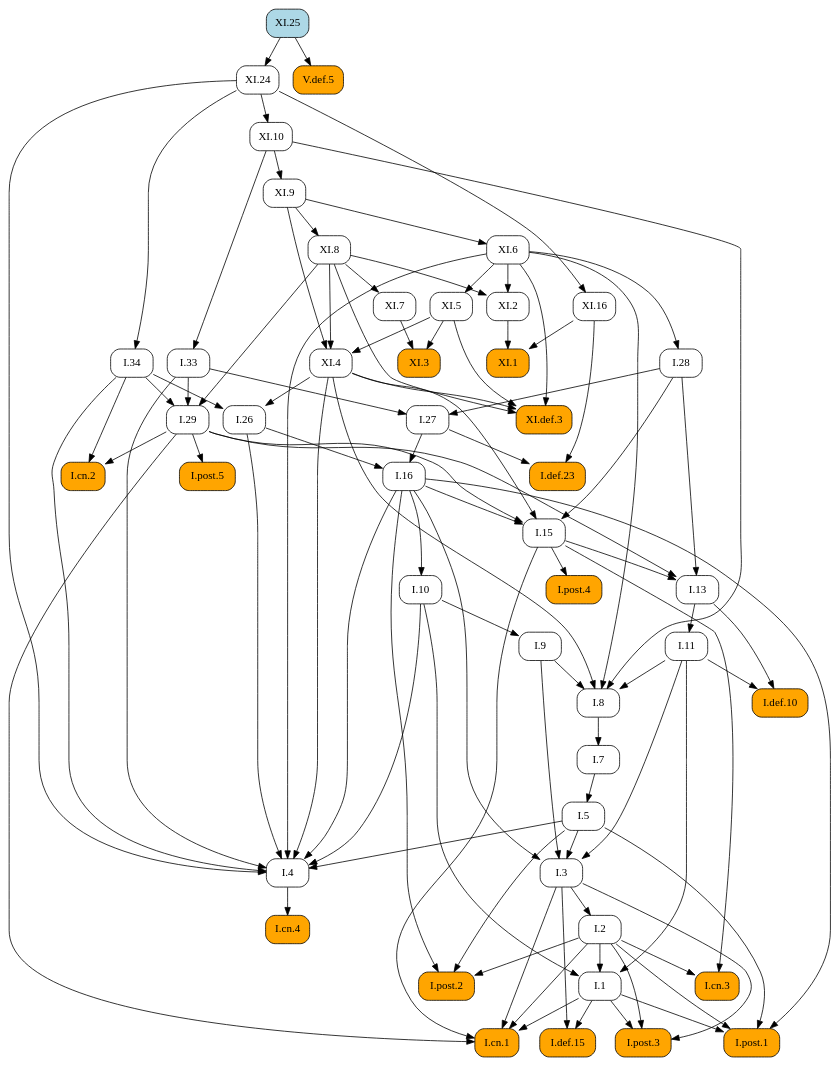
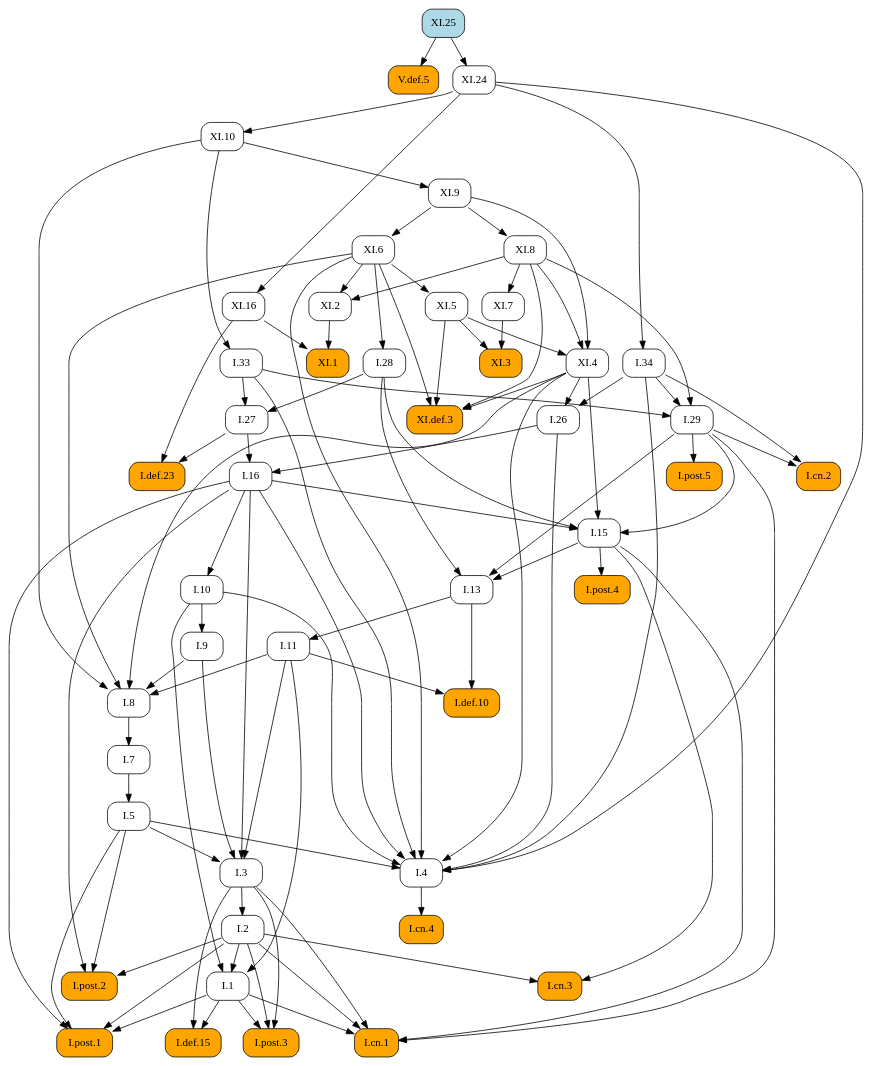
The diagram in docsrc/heath/XI/25/index.rst (geometor/elements), drawn with Graphviz before and after one commit. The commit also changed other lines of this file and 1029 other files, not shown here.

```diff
--- a/docsrc/heath/XI/25/index.rst
+++ b/docsrc/heath/XI/25/index.rst
@@ -48,100 +48,107 @@
    digraph {
      rankdir="TB";
      node [shape=box, style=rounded];
-     "I.cn.3" [style="rounded,filled", fillcolor=orange, URL="/heath/I/cn.3/", target="_top"];
-     "I.29" [URL="/heath/I/29/", target="_top"];
-     "I.7" [URL="/heath/I/7/", target="_top"];
-     "I.27" [URL="/heath/I/27/", target="_top"];
-     "I.def.23" [style="rounded,filled", fillcolor=orange, URL="/heath/I/def.23/", target="_top"];
-     "I.34" [URL="/heath/I/34/", target="_top"];
-     "I.8" [URL="/heath/I/8/", target="_top"];
-     "I.9" [URL="/heath/I/9/", target="_top"];
-     "XI.4" [URL="/heath/XI/4/", target="_top"];
+     "I.def.10" [style="rounded,filled", fillcolor=orange, URL="/heath/I/def.10/", target="_top"];
+     "I.11" [URL="/heath/I/11/", target="_top"];
      "I.post.4" [style="rounded,filled", fillcolor=orange, URL="/heath/I/post.4/", target="_top"];
-     "I.2" [URL="/heath/I/2/", target="_top"];
+     "XI.def.3" [style="rounded,filled", fillcolor=orange, URL="/heath/XI/def.3/", target="_top"];
      "I.28" [URL="/heath/I/28/", target="_top"];
      "I.1" [URL="/heath/I/1/", target="_top"];
+     "I.26" [URL="/heath/I/26/", target="_top"];
+     "XI.7" [URL="/heath/XI/7/", target="_top"];
+     "V.def.5" [style="rounded,filled", fillcolor=orange, URL="/heath/V/def.5/", target="_top"];
+     "I.29" [URL="/heath/I/29/", target="_top"];
+     "I.cn.2" [style="rounded,filled", fillcolor=orange, URL="/heath/I/cn.2/", target="_top"];
+     "XI.9" [URL="/heath/XI/9/", target="_top"];
+     "XI.8" [URL="/heath/XI/8/", target="_top"];
      "I.def.15" [style="rounded,filled", fillcolor=orange, URL="/heath/I/def.15/", target="_top"];
+     "I.post.3" [style="rounded,filled", fillcolor=orange, URL="/heath/I/post.3/", target="_top"];
+     "XI.5" [URL="/heath/XI/5/", target="_top"];
+     "XI.1" [style="rounded,filled", fillcolor=orange, URL="/heath/XI/1/", target="_top"];
+     "I.cn.1" [style="rounded,filled", fillcolor=orange, URL="/heath/I/cn.1/", target="_top"];
+     "I.cn.3" [style="rounded,filled", fillcolor=orange, URL="/heath/I/cn.3/", target="_top"];
+     "XI.2" [URL="/heath/XI/2/", target="_top"];
+     "XI.25" [style="rounded,filled", fillcolor=lightblue, URL="/heath/XI/25/", target="_top"];
      "I.post.1" [style="rounded,filled", fillcolor=orange, URL="/heath/I/post.1/", target="_top"];
-     "XI.1" [style="rounded,filled", fillcolor=orange, URL="/heath/XI/1/", target="_top"];
+     "XI.6" [URL="/heath/XI/6/", target="_top"];
+     "XI.16" [URL="/heath/XI/16/", target="_top"];
+     "I.27" [URL="/heath/I/27/", target="_top"];
+     "I.7" [URL="/heath/I/7/", target="_top"];
+     "I.34" [URL="/heath/I/34/", target="_top"];
+     "I.3" [URL="/heath/I/3/", target="_top"];
+     "I.2" [URL="/heath/I/2/", target="_top"];
+     "I.4" [URL="/heath/I/4/", target="_top"];
+     "I.def.23" [style="rounded,filled", fillcolor=orange, URL="/heath/I/def.23/", target="_top"];
+     "I.13" [URL="/heath/I/13/", target="_top"];
+     "I.33" [URL="/heath/I/33/", target="_top"];
+     "I.5" [URL="/heath/I/5/", target="_top"];
+     "I.post.2" [style="rounded,filled", fillcolor=orange, URL="/heath/I/post.2/", target="_top"];
+     "I.16" [URL="/heath/I/16/", target="_top"];
+     "I.9" [URL="/heath/I/9/", target="_top"];
+     "I.8" [URL="/heath/I/8/", target="_top"];
      "I.cn.4" [style="rounded,filled", fillcolor=orange, URL="/heath/I/cn.4/", target="_top"];
+     "I.15" [URL="/heath/I/15/", target="_top"];
+     "XI.4" [URL="/heath/XI/4/", target="_top"];
+     "XI.24" [URL="/heath/XI/24/", target="_top"];
+     "I.post.5" [style="rounded,filled", fillcolor=orange, URL="/heath/I/post.5/", target="_top"];
+     "I.10" [URL="/heath/I/10/", target="_top"];
      "XI.10" [URL="/heath/XI/10/", target="_top"];
-     "I.26" [URL="/heath/I/26/", target="_top"];
-     "I.33" [URL="/heath/I/33/", target="_top"];
-     "XI.25" [style="rounded,filled", fillcolor=lightblue, URL="/heath/XI/25/", target="_top"];
-     "XI.9" [URL="/heath/XI/9/", target="_top"];
-     "I.13" [URL="/heath/I/13/", target="_top"];
-     "I.cn.2" [style="rounded,filled", fillcolor=orange, URL="/heath/I/cn.2/", target="_top"];
-     "I.5" [URL="/heath/I/5/", target="_top"];
-     "I.11" [URL="/heath/I/11/", target="_top"];
-     "I.10" [URL="/heath/I/10/", target="_top"];
-     "I.4" [URL="/heath/I/4/", target="_top"];
-     "XI.5" [URL="/heath/XI/5/", target="_top"];
-     "I.3" [URL="/heath/I/3/", target="_top"];
-     "I.16" [URL="/heath/I/16/", target="_top"];
-     "I.def.10" [style="rounded,filled", fillcolor=orange, URL="/heath/I/def.10/", target="_top"];
-     "XI.def.3" [style="rounded,filled", fillcolor=orange, URL="/heath/XI/def.3/", target="_top"];
-     "I.post.2" [style="rounded,filled", fillcolor=orange, URL="/heath/I/post.2/", target="_top"];
-     "I.post.3" [style="rounded,filled", fillcolor=orange, URL="/heath/I/post.3/", target="_top"];
-     "I.post.5" [style="rounded,filled", fillcolor=orange, URL="/heath/I/post.5/", target="_top"];
      "XI.3" [style="rounded,filled", fillcolor=orange, URL="/heath/XI/3/", target="_top"];
-     "XI.6" [URL="/heath/XI/6/", target="_top"];
-     "XI.7" [URL="/heath/XI/7/", target="_top"];
-     "I.15" [URL="/heath/I/15/", target="_top"];
-     "XI.24" [URL="/heath/XI/24/", target="_top"];
-     "I.cn.1" [style="rounded,filled", fillcolor=orange, URL="/heath/I/cn.1/", target="_top"];
-     "XI.2" [URL="/heath/XI/2/", target="_top"];
-     "XI.8" [URL="/heath/XI/8/", target="_top"];
-     "V.def.5" [style="rounded,filled", fillcolor=orange, URL="/heath/V/def.5/", target="_top"];
-     "XI.16" [URL="/heath/XI/16/", target="_top"];
-     "I.2" -> "I.cn.3";
-     "I.15" -> "I.cn.3";
-     "I.33" -> "I.29";
-     "I.34" -> "I.29";
-     "XI.8" -> "I.29";
-     "I.8" -> "I.7";
-     "I.28" -> "I.27";
-     "I.33" -> "I.27";
-     "I.27" -> "I.def.23";
-     "XI.16" -> "I.def.23";
-     "XI.24" -> "I.34";
-     "I.9" -> "I.8";
-     "I.11" -> "I.8";
-     "XI.4" -> "I.8";
-     "XI.6" -> "I.8";
-     "XI.10" -> "I.8";
-     "I.10" -> "I.9";
-     "XI.5" -> "XI.4";
-     "XI.8" -> "XI.4";
-     "XI.9" -> "XI.4";
+     "I.11" -> "I.def.10";
+     "I.13" -> "I.def.10";
+     "I.13" -> "I.11";
      "I.15" -> "I.post.4";
-     "I.3" -> "I.2";
+     "XI.4" -> "XI.def.3";
+     "XI.5" -> "XI.def.3";
+     "XI.6" -> "XI.def.3";
+     "XI.8" -> "XI.def.3";
      "XI.6" -> "I.28";
      "I.2" -> "I.1";
      "I.10" -> "I.1";
      "I.11" -> "I.1";
+     "I.34" -> "I.26";
+     "XI.4" -> "I.26";
+     "XI.8" -> "XI.7";
+     "XI.25" -> "V.def.5";
+     "I.33" -> "I.29";
+     "I.34" -> "I.29";
+     "XI.8" -> "I.29";
+     "I.29" -> "I.cn.2";
+     "I.34" -> "I.cn.2";
+     "XI.10" -> "XI.9";
+     "XI.9" -> "XI.8";
      "I.1" -> "I.def.15";
      "I.3" -> "I.def.15";
+     "I.1" -> "I.post.3";
+     "I.2" -> "I.post.3";
+     "I.3" -> "I.post.3";
+     "XI.6" -> "XI.5";
+     "XI.2" -> "XI.1";
+     "XI.16" -> "XI.1";
+     "I.1" -> "I.cn.1";
+     "I.2" -> "I.cn.1";
+     "I.3" -> "I.cn.1";
+     "I.15" -> "I.cn.1";
+     "I.29" -> "I.cn.1";
+     "I.2" -> "I.cn.3";
+     "I.15" -> "I.cn.3";
+     "XI.6" -> "XI.2";
+     "XI.8" -> "XI.2";
      "I.1" -> "I.post.1";
      "I.2" -> "I.post.1";
      "I.5" -> "I.post.1";
      "I.16" -> "I.post.1";
-     "XI.2" -> "XI.1";
-     "XI.16" -> "XI.1";
-     "I.4" -> "I.cn.4";
-     "XI.24" -> "XI.10";
-     "I.34" -> "I.26";
-     "XI.4" -> "I.26";
-     "XI.10" -> "I.33";
-     "XI.10" -> "XI.9";
-     "I.15" -> "I.13";
-     "I.28" -> "I.13";
-     "I.29" -> "I.13";
-     "I.29" -> "I.cn.2";
-     "I.34" -> "I.cn.2";
-     "I.7" -> "I.5";
-     "I.13" -> "I.11";
-     "I.16" -> "I.10";
+     "XI.9" -> "XI.6";
+     "XI.24" -> "XI.16";
+     "I.28" -> "I.27";
+     "I.33" -> "I.27";
+     "I.8" -> "I.7";
+     "XI.24" -> "I.34";
+     "I.5" -> "I.3";
+     "I.9" -> "I.3";
+     "I.11" -> "I.3";
+     "I.16" -> "I.3";
+     "I.3" -> "I.2";
      "I.5" -> "I.4";
      "I.10" -> "I.4";
      "I.16" -> "I.4";
@@ -151,43 +158,36 @@
      "XI.4" -> "I.4";
      "XI.6" -> "I.4";
      "XI.24" -> "I.4";
-     "XI.6" -> "XI.5";
-     "I.5" -> "I.3";
-     "I.9" -> "I.3";
-     "I.11" -> "I.3";
-     "I.16" -> "I.3";
-     "I.26" -> "I.16";
-     "I.27" -> "I.16";
-     "I.11" -> "I.def.10";
-     "I.13" -> "I.def.10";
-     "XI.4" -> "XI.def.3";
-     "XI.5" -> "XI.def.3";
-     "XI.6" -> "XI.def.3";
-     "XI.8" -> "XI.def.3";
+     "I.27" -> "I.def.23";
+     "XI.16" -> "I.def.23";
+     "I.15" -> "I.13";
+     "I.28" -> "I.13";
+     "I.29" -> "I.13";
+     "XI.10" -> "I.33";
+     "I.7" -> "I.5";
      "I.2" -> "I.post.2";
      "I.5" -> "I.post.2";
      "I.16" -> "I.post.2";
-     "I.1" -> "I.post.3";
-     "I.2" -> "I.post.3";
-     "I.3" -> "I.post.3";
-     "I.29" -> "I.post.5";
-     "XI.5" -> "XI.3";
-     "XI.7" -> "XI.3";
-     "XI.9" -> "XI.6";
-     "XI.8" -> "XI.7";
+     "I.26" -> "I.16";
+     "I.27" -> "I.16";
+     "I.10" -> "I.9";
+     "I.9" -> "I.8";
+     "I.11" -> "I.8";
+     "XI.4" -> "I.8";
+     "XI.6" -> "I.8";
+     "XI.10" -> "I.8";
+     "I.4" -> "I.cn.4";
      "I.16" -> "I.15";
      "I.28" -> "I.15";
      "I.29" -> "I.15";
      "XI.4" -> "I.15";
+     "XI.5" -> "XI.4";
+     "XI.8" -> "XI.4";
+     "XI.9" -> "XI.4";
      "XI.25" -> "XI.24";
-     "I.1" -> "I.cn.1";
-     "I.2" -> "I.cn.1";
-     "I.3" -> "I.cn.1";
-     "I.15" -> "I.cn.1";
-     "I.29" -> "I.cn.1";
-     "XI.6" -> "XI.2";
-     "XI.8" -> "XI.2";
-     "XI.9" -> "XI.8";
-     "XI.25" -> "V.def.5";
-     "XI.24" -> "XI.16";
+     "I.29" -> "I.post.5";
+     "I.16" -> "I.10";
+     "XI.24" -> "XI.10";
+     "XI.5" -> "XI.3";
+     "XI.7" -> "XI.3";
    }
```
